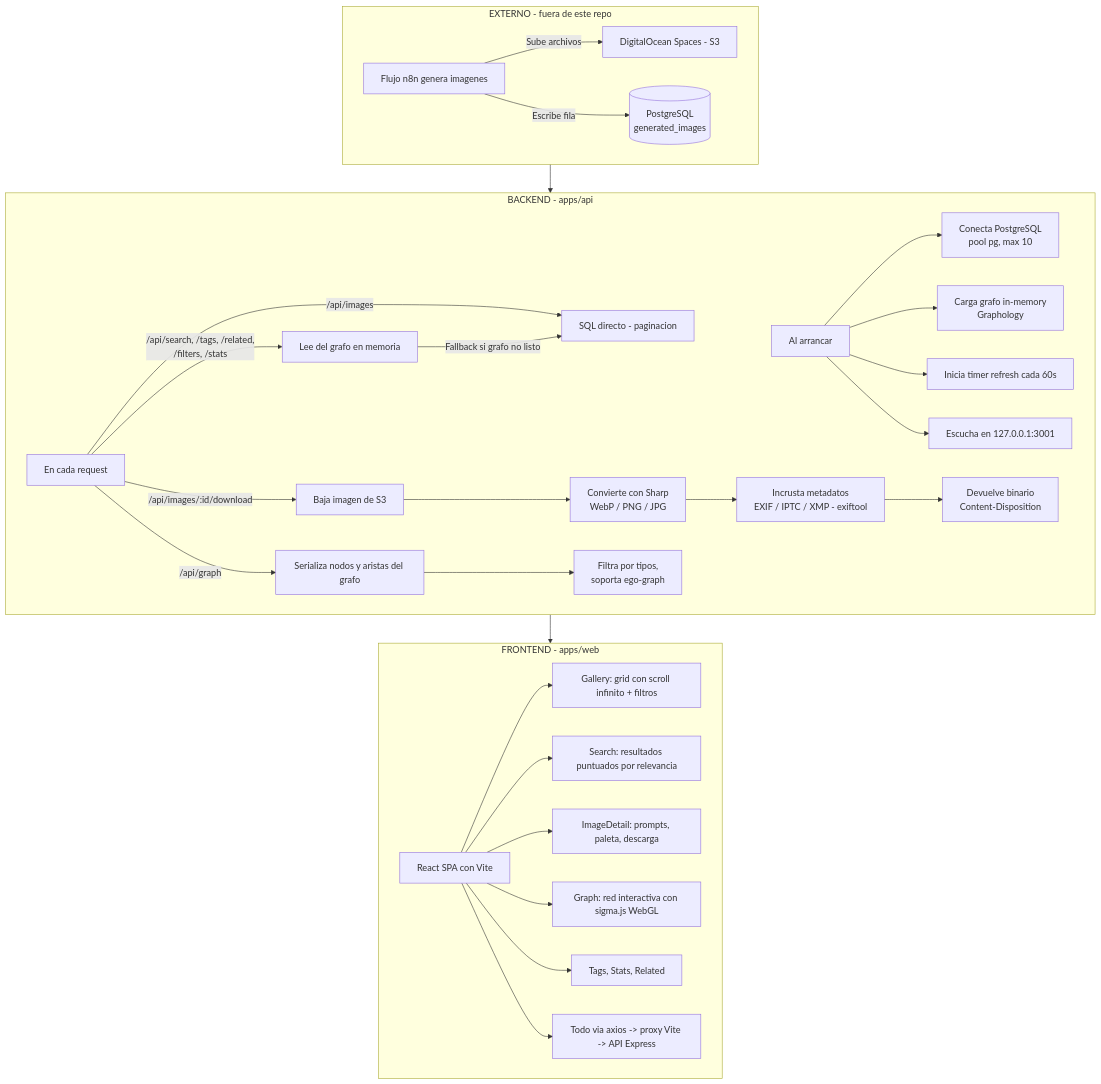
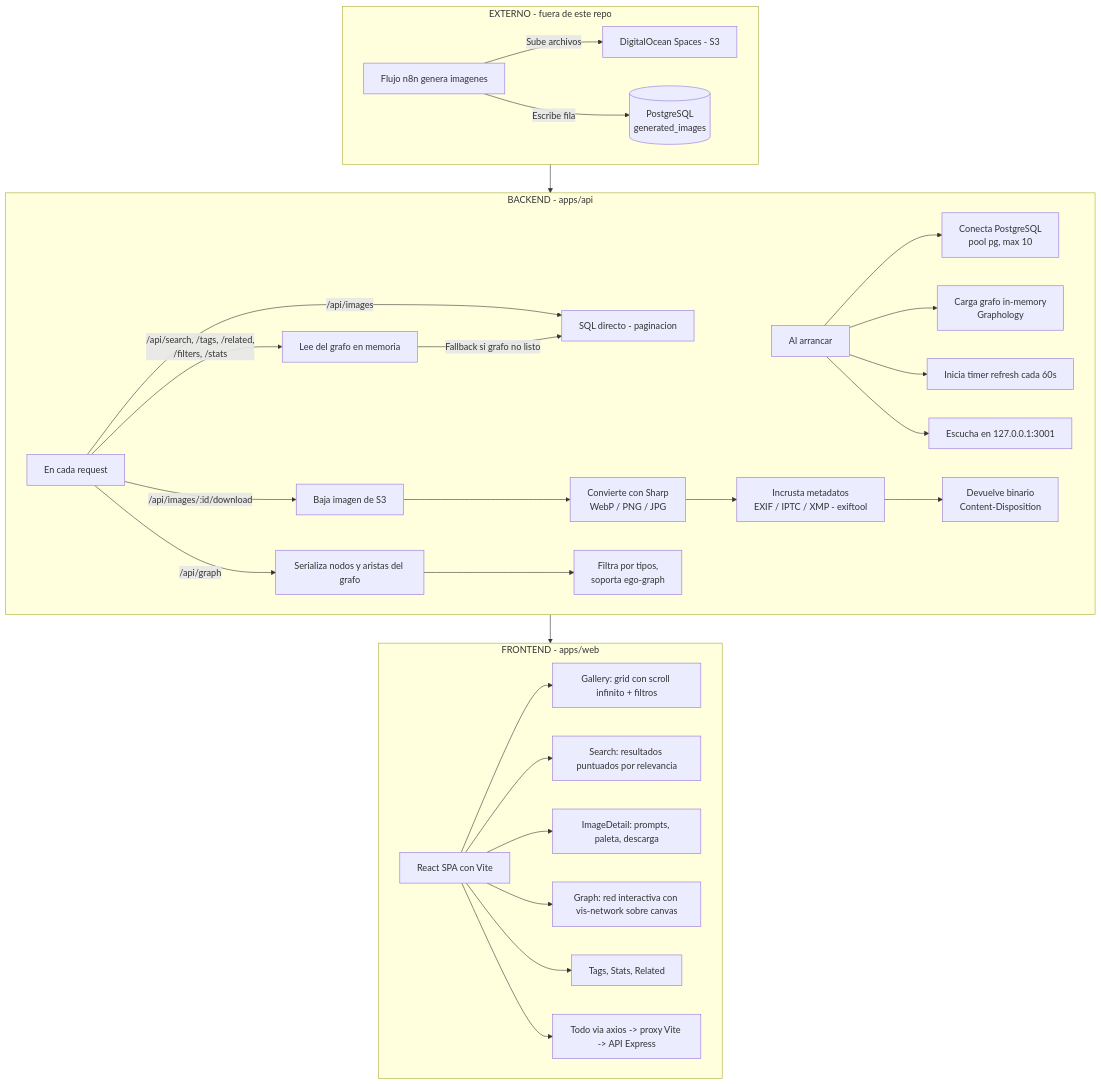
Before and after one commit to epimient/Buscador_grafos: the second of 4 diagrams in ARQUITECTURA.md, drawn with Mermaid. The commit also changed other lines of this file and 8 other files, not shown here.

````diff
--- a/ARQUITECTURA.md
+++ b/ARQUITECTURA.md
@@ -74,40 +73,40 @@
 ```mermaid
 flowchart TD
     subgraph EXTERNO["EXTERNO - fuera de este repo"]
         N8N[Flujo n8n genera imagenes]
         N8N --> |Sube archivos| S3ext[DigitalOcean Spaces - S3]
         N8N --> |Escribe fila| DBext[(PostgreSQL\ngenerated_images)]
     end
 
     subgraph BACKEND["BACKEND - apps/api"]
         ARR[Al arrancar]
         ARR --> PG[Conecta PostgreSQL\npool pg, max 10]
         ARR --> GRAF[Carga grafo in-memory\nGraphology]
         ARR --> TIMER[Inicia timer refresh cada 60s]
         ARR --> LISTEN[Escucha en 127.0.0.1:3001]
 
         REQ[En cada request]
         REQ --> |"/api/images"| SQL[SQL directo - paginacion]
         REQ --> |"/api/search, /tags, /related,\n/filters, /stats"| LEEGRAF[Lee del grafo en memoria]
         LEEGRAF --> |Fallback si grafo no listo| SQL
         REQ --> |"/api/images/:id/download"| DOWN[Baja imagen de S3]
         DOWN --> SHARP[Convierte con Sharp\nWebP / PNG / JPG]
         SHARP --> EXIF[Incrusta metadatos\nEXIF / IPTC / XMP - exiftool]
         EXIF --> BIN[Devuelve binario\nContent-Disposition]
         REQ --> |"/api/graph"| SERIAL[Serializa nodos y aristas del grafo]
         SERIAL --> FILTER[Filtra por tipos,\nsoporta ego-graph]
     end
 
     subgraph FRONTEND["FRONTEND - apps/web"]
         SPA[React SPA con Vite]
         SPA --> GALL[Gallery: grid con scroll infinito + filtros]
         SPA --> SEARCH[Search: resultados puntuados por relevancia]
         SPA --> DETAIL[ImageDetail: prompts, paleta, descarga]
-        SPA --> GRAPH[Graph: red interactiva con sigma.js WebGL]
+        SPA --> GRAPH[Graph: red interactiva con vis-network sobre canvas]
         SPA --> TAGS[Tags, Stats, Related]
         SPA --> AXIOS[Todo via axios -> proxy Vite -> API Express]
     end
 
     EXTERNO --> BACKEND
     BACKEND --> FRONTEND
 ```
````
